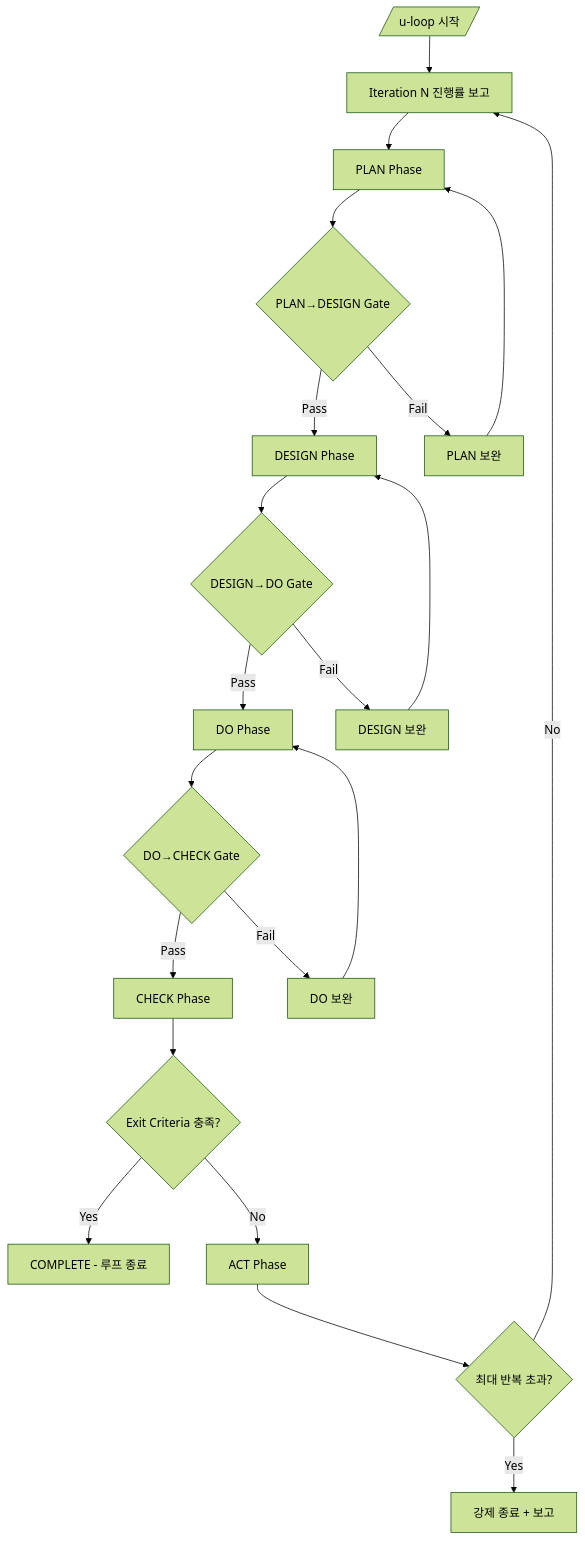
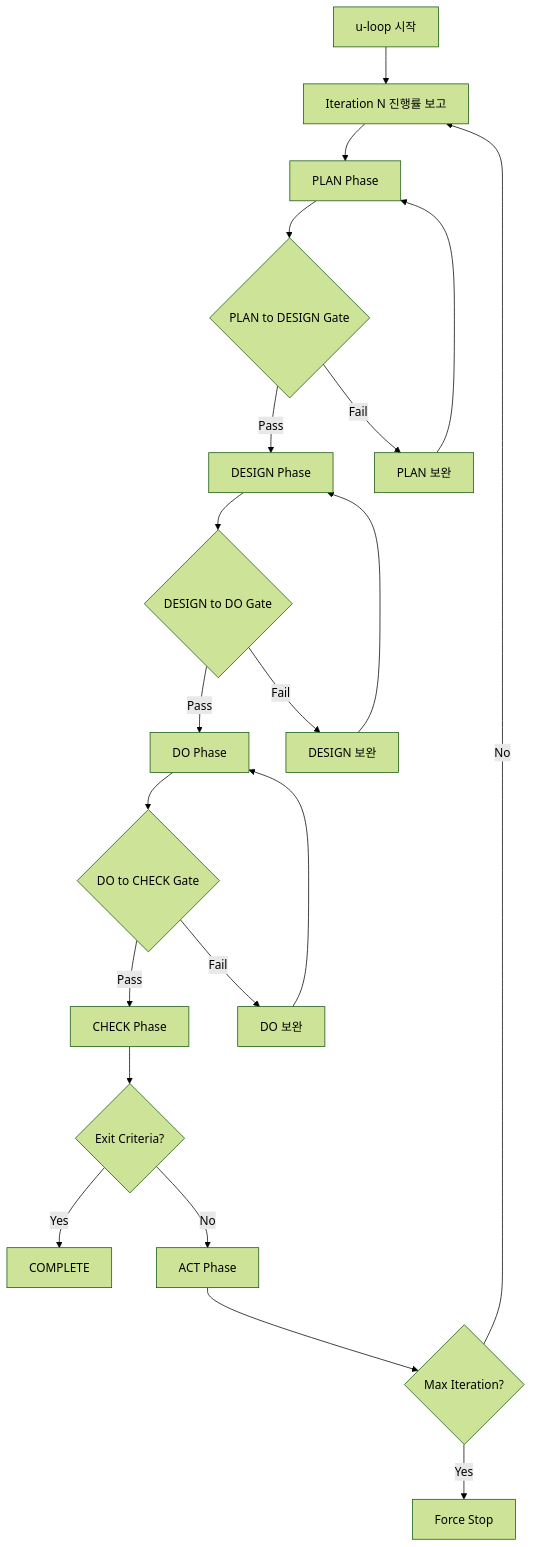
Before and after one commit to upleat-ax/u-maker-plugin: the second of 2 diagrams in skills/u-ssot/SKILL.md, drawn with Mermaid (forest theme). The commit also changed other lines of this file and 10 other files, not shown here.

First line of the commit message:
feat(plugin): enhance SRS requirements, add multi-diagram types, and user scenario structure

````diff
--- a/skills/u-ssot/SKILL.md
+++ b/skills/u-ssot/SKILL.md
@@ -546,23 +549,23 @@
 ```mermaid
 flowchart TD
-    START[/u-loop 시작/] --> ITER_REPORT[Iteration N 진행률 보고]
+    START["u-loop 시작"] --> ITER_REPORT["Iteration N 진행률 보고"]
     ITER_REPORT --> PLAN[PLAN Phase]
-    PLAN --> GATE_PD{PLAN→DESIGN Gate}
+    PLAN --> GATE_PD{"PLAN to DESIGN Gate"}
     GATE_PD -->|Pass| DESIGN[DESIGN Phase]
-    GATE_PD -->|Fail| FIX_PLAN[PLAN 보완]
+    GATE_PD -->|Fail| FIX_PLAN["PLAN 보완"]
     FIX_PLAN --> PLAN
-    DESIGN --> GATE_DD{DESIGN→DO Gate}
+    DESIGN --> GATE_DD{"DESIGN to DO Gate"}
     GATE_DD -->|Pass| DO[DO Phase]
-    GATE_DD -->|Fail| FIX_DESIGN[DESIGN 보완]
+    GATE_DD -->|Fail| FIX_DESIGN["DESIGN 보완"]
     FIX_DESIGN --> DESIGN
-    DO --> GATE_DC{DO→CHECK Gate}
+    DO --> GATE_DC{"DO to CHECK Gate"}
     GATE_DC -->|Pass| CHECK[CHECK Phase]
-    GATE_DC -->|Fail| FIX_DO[DO 보완]
+    GATE_DC -->|Fail| FIX_DO["DO 보완"]
     FIX_DO --> DO
-    CHECK --> EXIT_CHECK{Exit Criteria 충족?}
-    EXIT_CHECK -->|Yes| COMPLETE[COMPLETE - 루프 종료]
+    CHECK --> EXIT_CHECK{"Exit Criteria?"}
+    EXIT_CHECK -->|Yes| COMPLETE["COMPLETE"]
     EXIT_CHECK -->|No| ACT[ACT Phase]
-    ACT --> MAX_CHECK{최대 반복 초과?}
-    MAX_CHECK -->|Yes| FORCE_STOP[강제 종료 + 보고]
+    ACT --> MAX_CHECK{"Max Iteration?"}
+    MAX_CHECK -->|Yes| FORCE_STOP["Force Stop"]
     MAX_CHECK -->|No| ITER_REPORT
 ```
````
